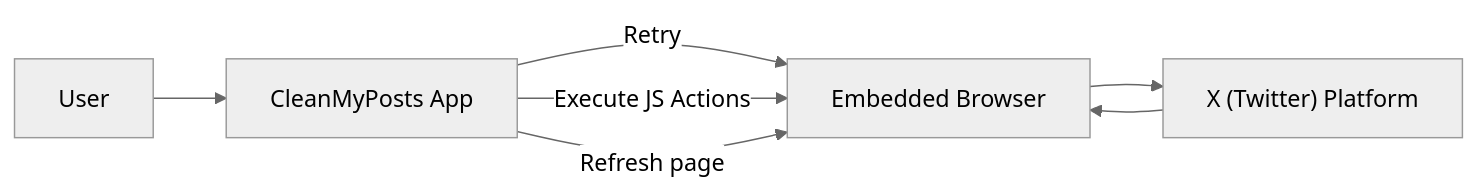
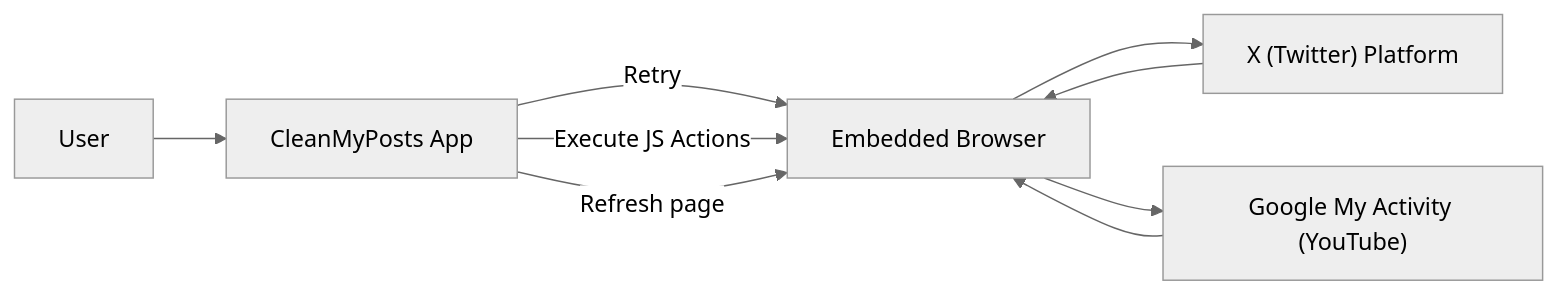
One commit to thorstenalpers/CleanMyPosts changed the diagram in README.md. Above: the diagram before and after it, drawn with Mermaid (neutral theme). The commit also changed other lines of this file, not shown here.

First line of the commit message:
docs: Update README with YouTube comments deletion feature

````diff
--- a/README.md
+++ b/README.md
@@ -19,15 +19,18 @@
 ```mermaid
 %%{init: {"flowchart": {"diagramPadding": 125}}}%%
 flowchart LR
     U["User"]
     A["CleanMyPosts App"]
     B["Embedded Browser"]
     X["X (Twitter) Platform"]
+    Y["Google My Activity (YouTube)"]
 
     U -->A
     A -->|Retry|B
     A -->|Execute JS Actions|B
     A -->|Refresh page|B
     B -->X
+    B -->Y
     X -->B
+    Y -->B
 ```
````
